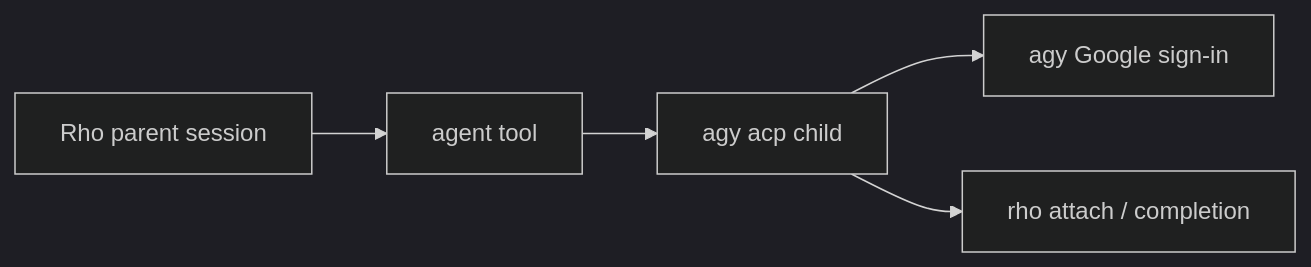
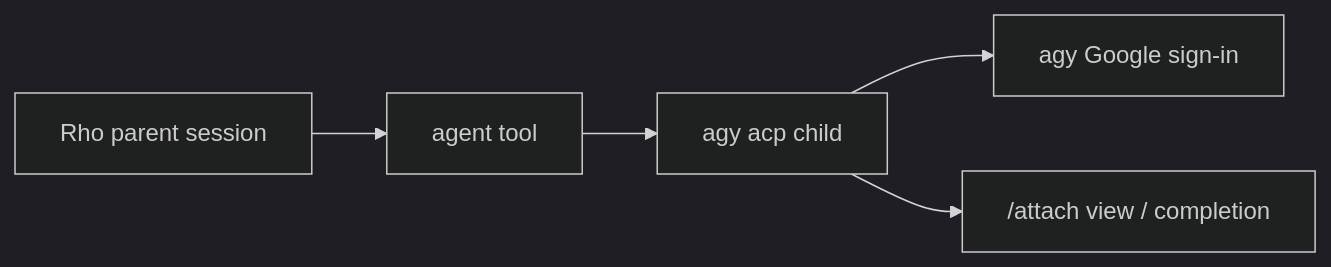
The first of 2 diagrams in docs/subagents/antigravity.md (matthewyjiang/rho), drawn with Mermaid (dark theme) before and after one commit. The commit also changed other lines of this file and 39 other files, not shown here.

First line of the commit message:
refactor(attach): drop the file-reading rho attach command

````diff
--- a/docs/subagents/antigravity.md
+++ b/docs/subagents/antigravity.md
@@ -9,7 +9,7 @@
 ```mermaid
 flowchart LR
     parent[Rho parent session] --> agentTool[agent tool]
     agentTool --> agy[agy acp child]
     agy --> sub[agy Google sign-in]
-    agy --> attach[rho attach / completion]
+    agy --> attach["/attach view / completion"]
 ```
````
